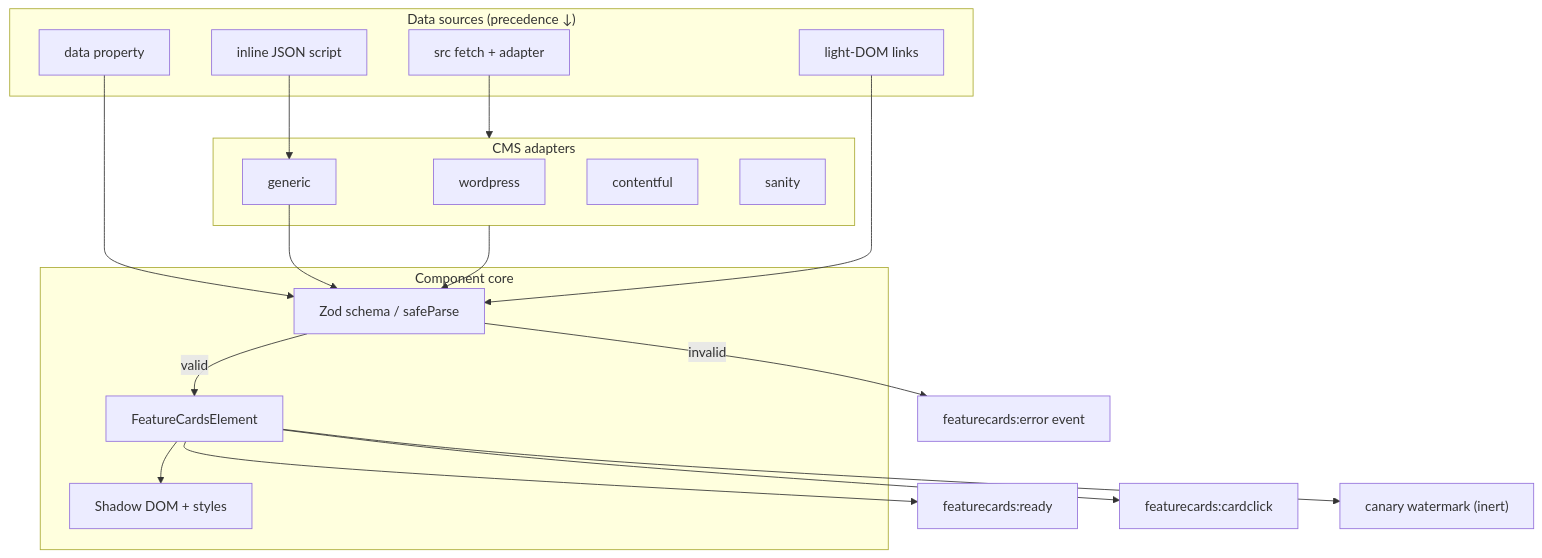
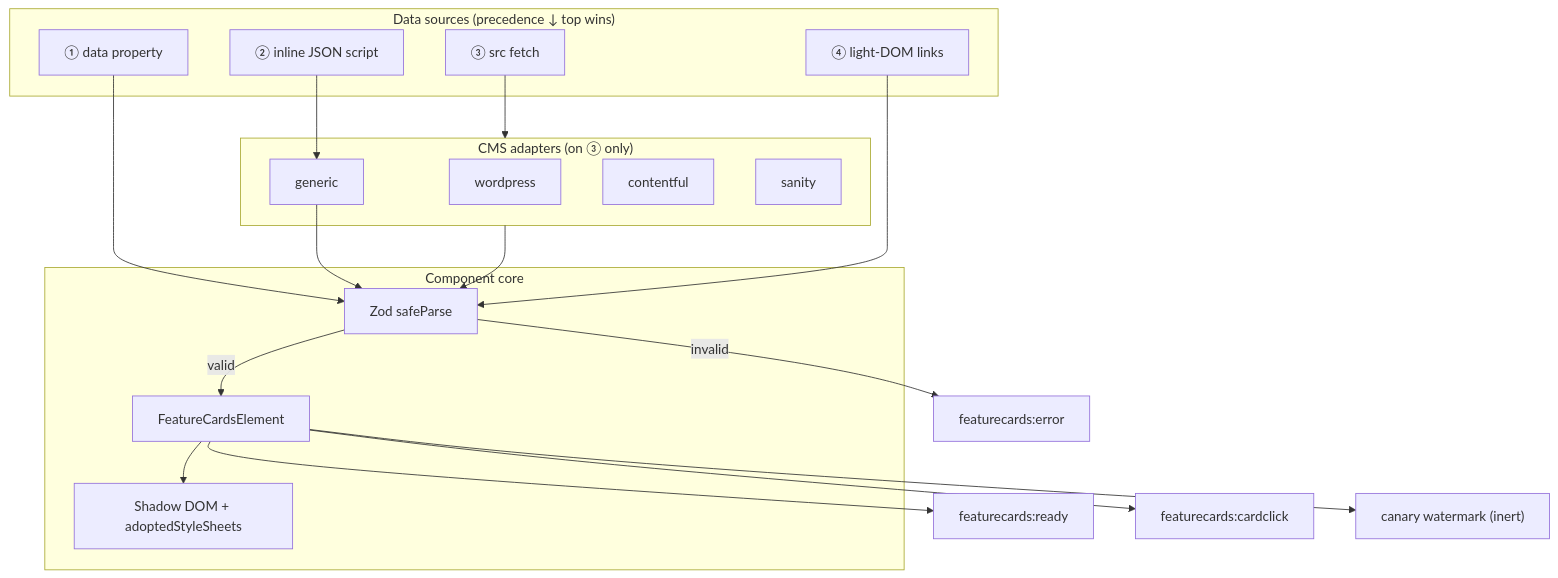
One commit to Hum2a/501Fun-feature-cards changed the first of 6 diagrams in docs/diagrams/architecture.md. Above: the diagram before and after it, drawn with Mermaid. The commit also changed other lines of this file and 28 other files, not shown here.

````diff
--- a/docs/diagrams/architecture.md
+++ b/docs/diagrams/architecture.md
@@ -5,32 +8,32 @@
 ```mermaid
 flowchart TB
-  subgraph sources["Data sources (precedence ↓)"]
-    P["data property"]
-    J["inline JSON script"]
-    F["src fetch + adapter"]
-    L["light-DOM links"]
+  subgraph sources["Data sources (precedence ↓ top wins)"]
+    P["① data property"]
+    J["② inline JSON script"]
+    F["③ src fetch"]
+    L["④ light-DOM links"]
   end
 
-  subgraph adapters["CMS adapters"]
+  subgraph adapters["CMS adapters (on ③ only)"]
     G[generic]
     W[wordpress]
     C[contentful]
     S[sanity]
   end
 
   subgraph core["Component core"]
-    Z["Zod schema / safeParse"]
+    Z["Zod safeParse"]
     CE["FeatureCardsElement"]
-    SD["Shadow DOM + styles"]
+    SD["Shadow DOM + adoptedStyleSheets"]
   end
 
   P --> Z
   J --> G --> Z
   F --> adapters --> Z
   L --> Z
   Z -->|valid| CE --> SD
-  Z -->|invalid| E["featurecards:error event"]
+  Z -->|invalid| E["featurecards:error"]
   CE --> R["featurecards:ready"]
   CE --> K["featurecards:cardclick"]
   CE --> WM["canary watermark (inert)"]
 ```
````
